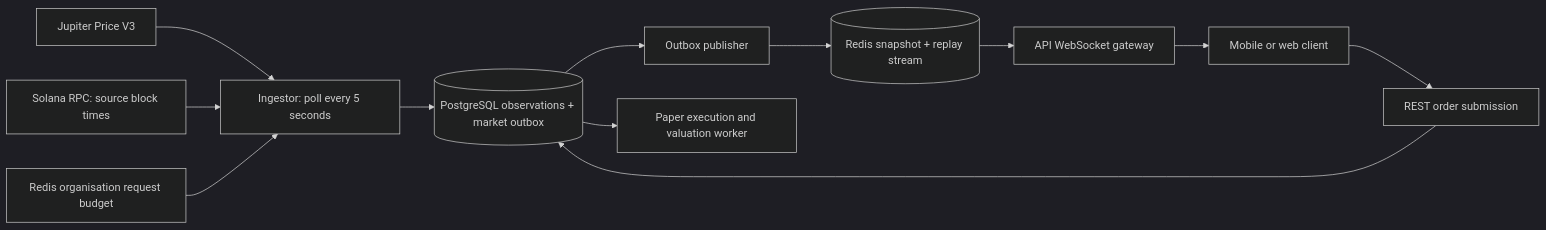
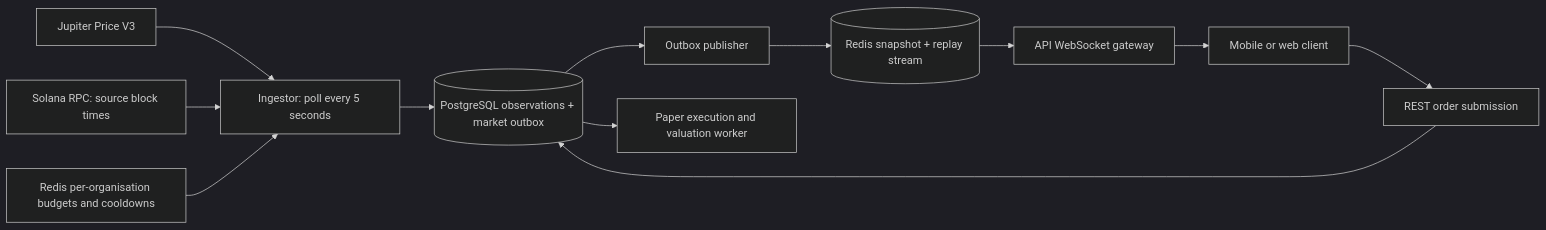
One commit to Socially-Labs/socially-trade changed the diagram in docs/jupiter-market-stream-v0.md. Above: the diagram before and after it, drawn with Mermaid (dark theme). The commit also changed other lines of this file and 1 other file, not shown here.

Commit message:
docs(markets): explain Jupiter account budgets and market streaming

````diff
--- a/docs/jupiter-market-stream-v0.md
+++ b/docs/jupiter-market-stream-v0.md
@@ -7,14 +7,14 @@
 ```mermaid
 flowchart LR
   J[Jupiter Price V3] --> I[Ingestor: poll every 5 seconds]
   R[Solana RPC: source block times] --> I
-  B[Redis organisation request budget] --> I
+  B[Redis per-organisation budgets and cooldowns] --> I
   I --> D[(PostgreSQL observations + market outbox)]
   D --> P[Outbox publisher]
   P --> C[(Redis snapshot + replay stream)]
   C --> G[API WebSocket gateway]
   G --> U[Mobile or web client]
   D --> W[Paper execution and valuation worker]
   U --> A[REST order submission]
   A --> D
 ```
````
